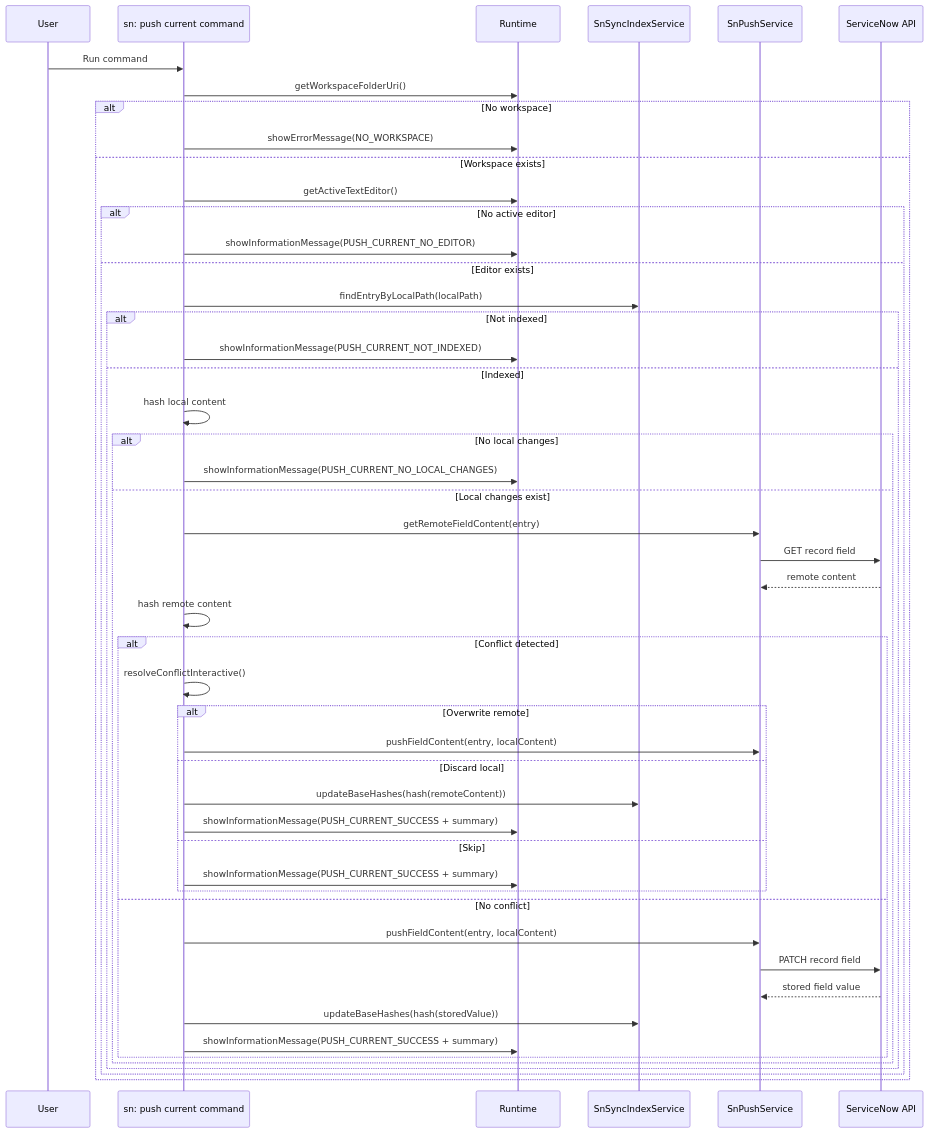
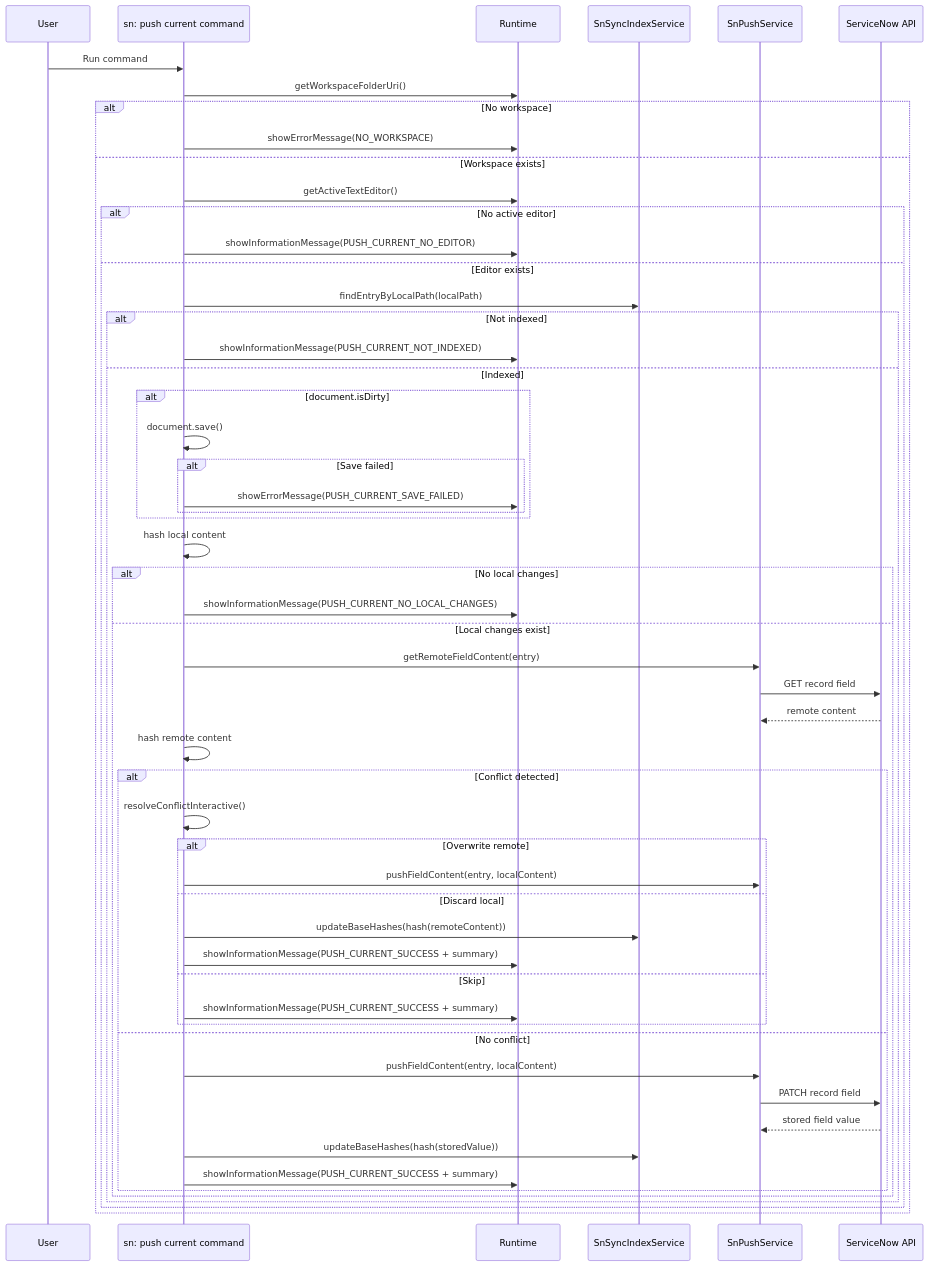
The diagram in developer-docs/sn-push-current.md (AlexAlvarez092/sn-sync), drawn with Mermaid before and after one commit. The commit also changed other lines of this file, not shown here.

First line of the commit message:
docs: update sn-push-current developer docs for auto-save feature (#93)

````diff
--- a/developer-docs/sn-push-current.md
+++ b/developer-docs/sn-push-current.md
@@ -95,52 +100,58 @@
 ```mermaid
 sequenceDiagram
 	participant U as User
 	participant C as sn: push current command
 	participant R as Runtime
 	participant I as SnSyncIndexService
 	participant P as SnPushService
 	participant N as ServiceNow API
 
 	U->>C: Run command
 	C->>R: getWorkspaceFolderUri()
 	alt No workspace
 		C->>R: showErrorMessage(NO_WORKSPACE)
 	else Workspace exists
 		C->>R: getActiveTextEditor()
 		alt No active editor
 			C->>R: showInformationMessage(PUSH_CURRENT_NO_EDITOR)
 		else Editor exists
 			C->>I: findEntryByLocalPath(localPath)
 			alt Not indexed
 				C->>R: showInformationMessage(PUSH_CURRENT_NOT_INDEXED)
 			else Indexed
+				alt document.isDirty
+					C->>C: document.save()
+					alt Save failed
+						C->>R: showErrorMessage(PUSH_CURRENT_SAVE_FAILED)
+					end
+				end
 				C->>C: hash local content
 				alt No local changes
 					C->>R: showInformationMessage(PUSH_CURRENT_NO_LOCAL_CHANGES)
 				else Local changes exist
 					C->>P: getRemoteFieldContent(entry)
 					P->>N: GET record field
 					N-->>P: remote content
 					C->>C: hash remote content
 					alt Conflict detected
 						C->>C: resolveConflictInteractive()
 						alt Overwrite remote
 							C->>P: pushFieldContent(entry, localContent)
 						else Discard local
 							C->>I: updateBaseHashes(hash(remoteContent))
 							C->>R: showInformationMessage(PUSH_CURRENT_SUCCESS + summary)
 						else Skip
 							C->>R: showInformationMessage(PUSH_CURRENT_SUCCESS + summary)
 						end
 					else No conflict
 						C->>P: pushFieldContent(entry, localContent)
 						P->>N: PATCH record field
 						N-->>P: stored field value
 						C->>I: updateBaseHashes(hash(storedValue))
 						C->>R: showInformationMessage(PUSH_CURRENT_SUCCESS + summary)
 					end
 				end
 			end
 		end
 	end
 ```
````
